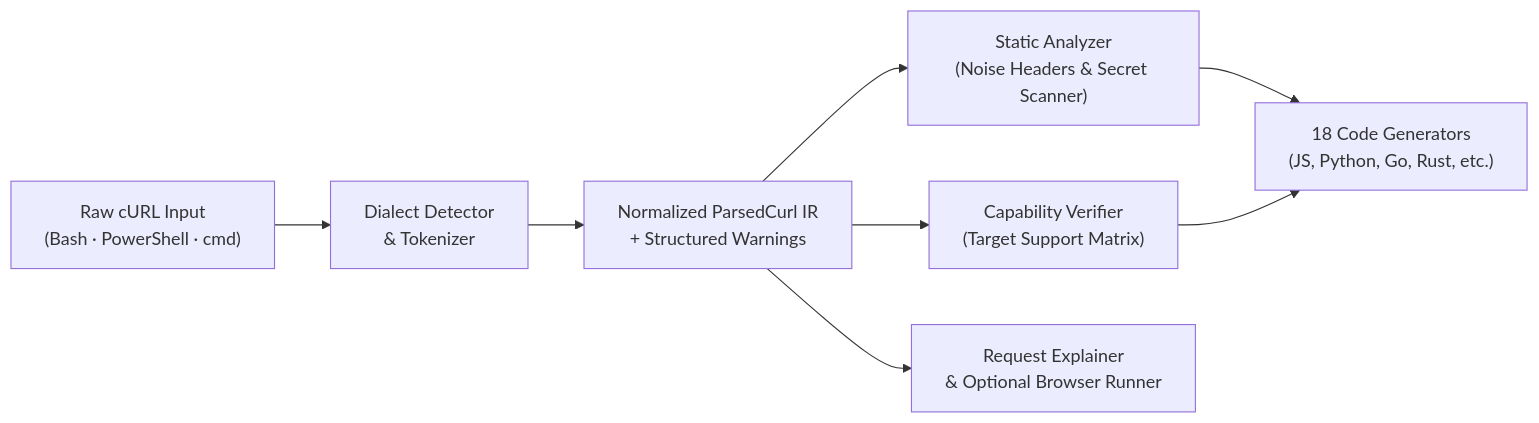
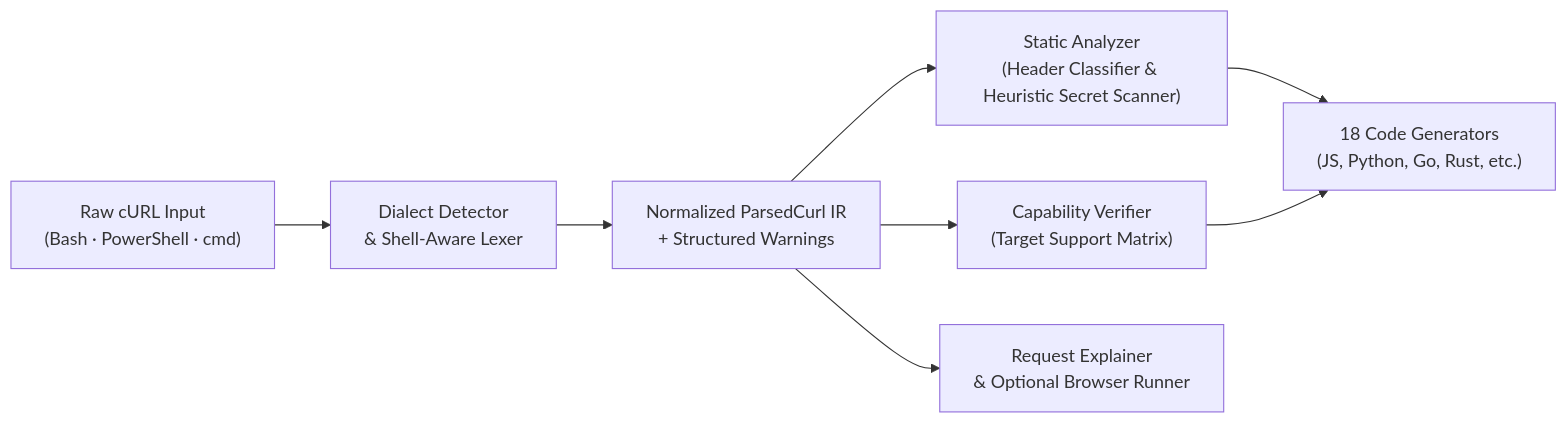
One commit to manav4u/manav4u changed the diagram in case-studies/toolpaper-curl-converter.md. Above: the diagram before and after it, drawn with Mermaid. The commit also changed other lines of this file and 14 other files, not shown here.

````diff
--- a/case-studies/toolpaper-curl-converter.md
+++ b/case-studies/toolpaper-curl-converter.md
@@ -25,10 +25,10 @@
 ```mermaid
 flowchart LR
-    Input["Raw cURL Input\n(Bash · PowerShell · cmd)"] --> Dialect["Dialect Detector\n& Tokenizer"]
+    Input["Raw cURL Input\n(Bash · PowerShell · cmd)"] --> Dialect["Dialect Detector\n& Shell-Aware Lexer"]
     Dialect --> IR["Normalized ParsedCurl IR\n+ Structured Warnings"]
-    IR --> Cleanup["Static Analyzer\n(Noise Headers & Secret Scanner)"]
+    IR --> Cleanup["Static Analyzer\n(Header Classifier & Heuristic Secret Scanner)"]
     IR --> Matrix["Capability Verifier\n(Target Support Matrix)"]
     Cleanup --> Gen["18 Code Generators\n(JS, Python, Go, Rust, etc.)"]
     Matrix --> Gen
     IR --> Explain["Request Explainer\n& Optional Browser Runner"]
 ```
````
